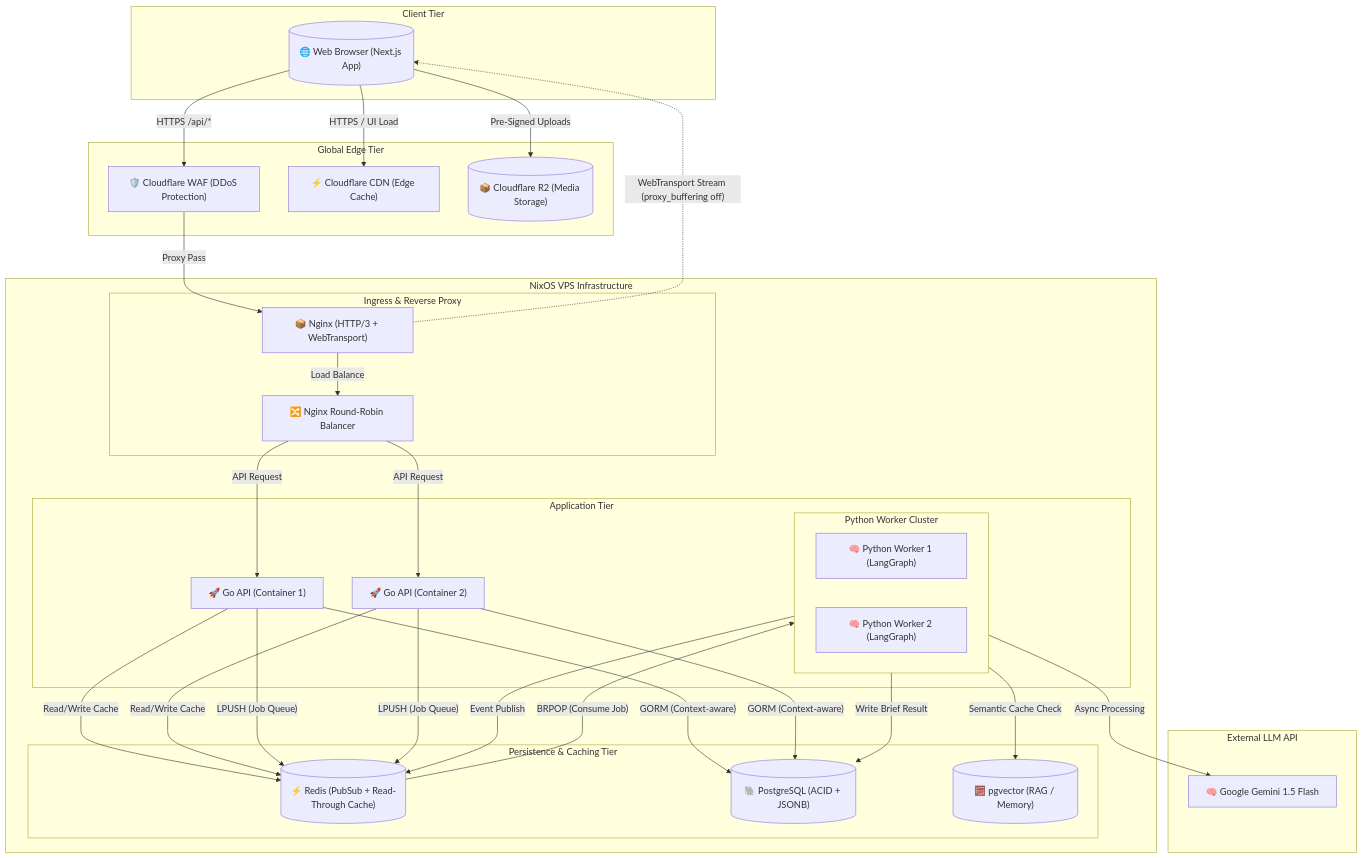
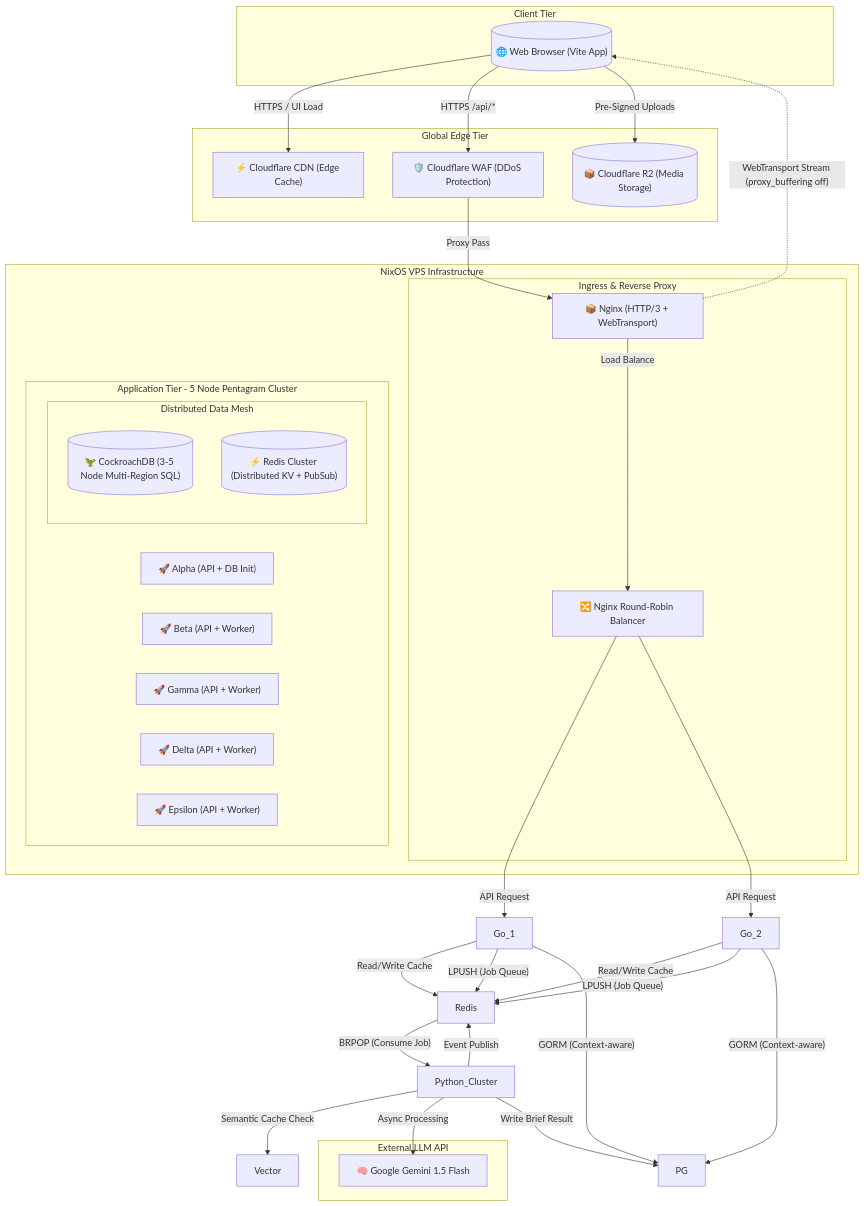
One commit to m-amir-gomaa/Briefly changed the first of 4 diagrams in docs/architecture/BRIEFLY_MASTER_ARCHITECTURE.md. Above: the diagram before and after it, drawn with Mermaid. The commit also changed other lines of this file and 15 other files, not shown here.

````diff
--- a/docs/architecture/BRIEFLY_MASTER_ARCHITECTURE.md
+++ b/docs/architecture/BRIEFLY_MASTER_ARCHITECTURE.md
@@ -88,75 +88,72 @@
 ```mermaid
 flowchart TB
     %% Client & Edge Layer
     subgraph Client_Tier [Client Tier]
-        Browser[("🌐 Web Browser (Next.js App)")]
+        Browser[("🌐 Web Browser (Vite App)")]
     end
 
     subgraph Edge_Tier [Global Edge Tier]
         CF_WAF["🛡️ Cloudflare WAF (DDoS Protection)"]
         CF_CDN["⚡ Cloudflare CDN (Edge Cache)"]
         R2[("📦 Cloudflare R2 (Media Storage)")]
     end
 
     %% Edge Interactions
     Browser -- "HTTPS / UI Load" --> CF_CDN
     Browser -- "HTTPS /api/*" --> CF_WAF
     Browser -- "Pre-Signed Uploads" --> R2
 
     %% Infrastructure Layer (NixOS VPS)
     subgraph VPS_Tier [NixOS VPS Infrastructure]
 
         subgraph Ingress [Ingress & Reverse Proxy]
             Nginx["📦 Nginx (HTTP/3 + WebTransport)"]
             Local_LB["🔀 Nginx Round-Robin Balancer"]
         end
 
-        subgraph Application_Tier [Application Tier]
-            Go_1["🚀 Go API (Container 1)"]
-            Go_2["🚀 Go API (Container 2)"]
+        subgraph Application_Tier [Application Tier - 5 Node Pentagram Cluster]
+            Go_Alpha["🚀 Alpha (API + DB Init)"]
+            Go_Beta["🚀 Beta (API + Worker)"]
+            Go_Gamma["🚀 Gamma (API + Worker)"]
+            Go_Delta["🚀 Delta (API + Worker)"]
+            Go_Epsilon["🚀 Epsilon (API + Worker)"]
             
-            subgraph Python_Cluster [Python Worker Cluster]
-                Py_1["🧠 Python Worker 1 (LangGraph)"]
-                Py_2["🧠 Python Worker 2 (LangGraph)"]
+            subgraph Data_Mesh [Distributed Data Mesh]
+                CRDB_Cluster[("🦖 CockroachDB (3-5 Node Multi-Region SQL)")]
+                Redis_Cluster[("⚡ Redis Cluster (Distributed KV + PubSub)")]
             end
-        end
-
-        subgraph Data_Tier [Persistence & Caching Tier]
-            Redis[("⚡ Redis (PubSub + Read-Through Cache)")]
-            PG[("🐘 PostgreSQL (ACID + JSONB)")]
-            Vector[("🧮 pgvector (RAG / Memory)")]
         end
 
     end
 
     %% External Intelligence Layer
     subgraph External_AI [External LLM API]
         Gemini["🧠 Google Gemini 1.5 Flash"]
     end
     
     %% Ingress Flow
     CF_WAF -- "Proxy Pass" --> Nginx
     Nginx -- "Load Balance" --> Local_LB
     Local_LB -- "API Request" --> Go_1
     Local_LB -- "API Request" --> Go_2
     
     %% Real-time Streams
     Nginx -. "WebTransport Stream (proxy_buffering off)" .-> Browser
 
     %% Go Backend Flow
     Go_1 -- "Read/Write Cache" --> Redis
     Go_2 -- "Read/Write Cache" --> Redis
     Go_1 -- "LPUSH (Job Queue)" --> Redis
     Go_2 -- "LPUSH (Job Queue)" --> Redis
     Go_1 -- "GORM (Context-aware)" --> PG
     Go_2 -- "GORM (Context-aware)" --> PG
 
     %% Python Worker Flow
     Redis -- "BRPOP (Consume Job)" --> Python_Cluster
     Python_Cluster -- "Event Publish" --> Redis
     
     %% AI Interactions
     Python_Cluster -- "Semantic Cache Check" --> Vector
     Python_Cluster -- "Async Processing" --> Gemini
     Python_Cluster -- "Write Brief Result" --> PG
 ```
````
